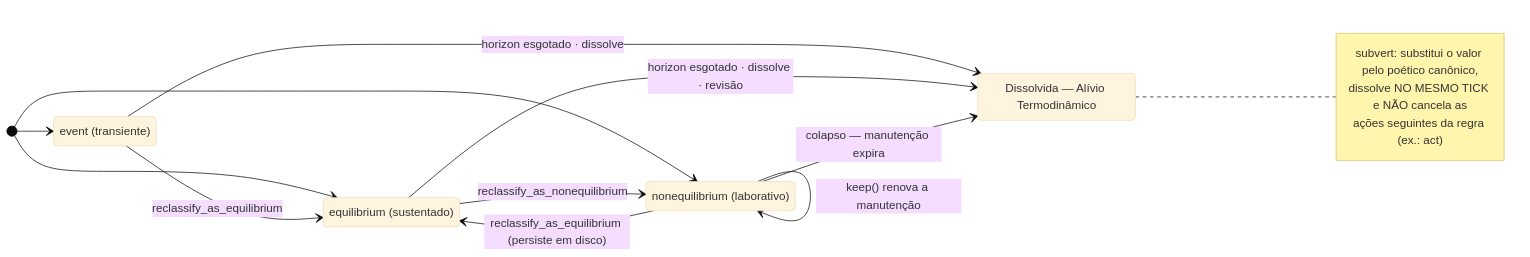
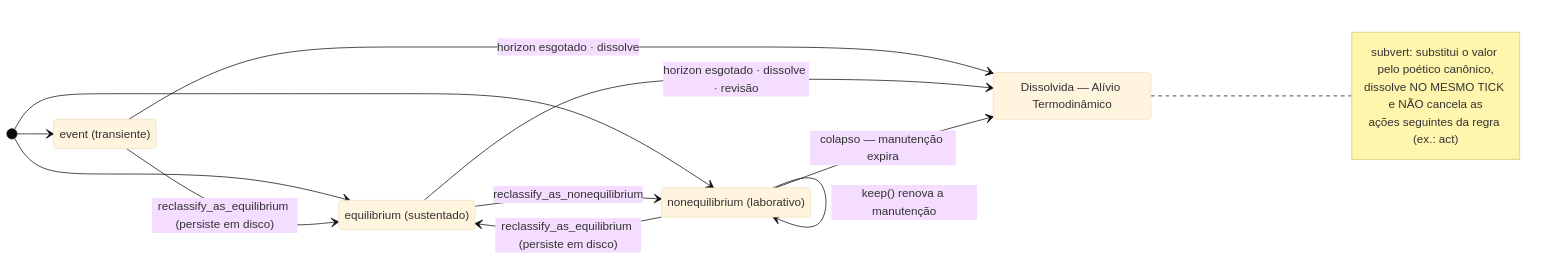
One commit to 0b3st4f3r4/verbo changed the first of 2 diagrams in docs/FORMAL.md. Above: the diagram before and after it, drawn with Mermaid (base theme). The commit also changed other lines of this file and 6 other files, not shown here.

````diff
--- a/docs/FORMAL.md
+++ b/docs/FORMAL.md
@@ -109,27 +114,27 @@
 ```mermaid
 stateDiagram-v2
     direction LR
     state "event (transiente)" as EV
     state "equilibrium (sustentado)" as EQ
     state "nonequilibrium (laborativo)" as NEQ
     state "Dissolvida — Alívio Termodinâmico" as DIS
 
     [*] --> EV
     [*] --> EQ
     [*] --> NEQ
 
-    EV --> EQ: reclassify_as_equilibrium
+    EV --> EQ: reclassify_as_equilibrium (persiste em disco)
     EQ --> NEQ: reclassify_as_nonequilibrium
     NEQ --> EQ: reclassify_as_equilibrium (persiste em disco)
     NEQ --> NEQ: keep() renova a manutenção
 
     EV --> DIS: horizon esgotado · dissolve
     EQ --> DIS: horizon esgotado · dissolve · revisão
     NEQ --> DIS: colapso — manutenção expira
 
     note right of DIS
         subvert: substitui o valor pelo poético canônico,
         dissolve NO MESMO TICK e NÃO cancela as
         ações seguintes da regra (ex.: act)
     end note
 ```
````
